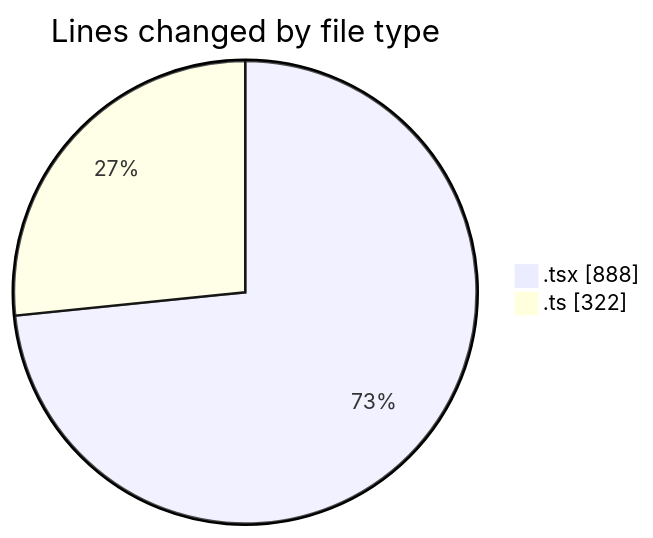
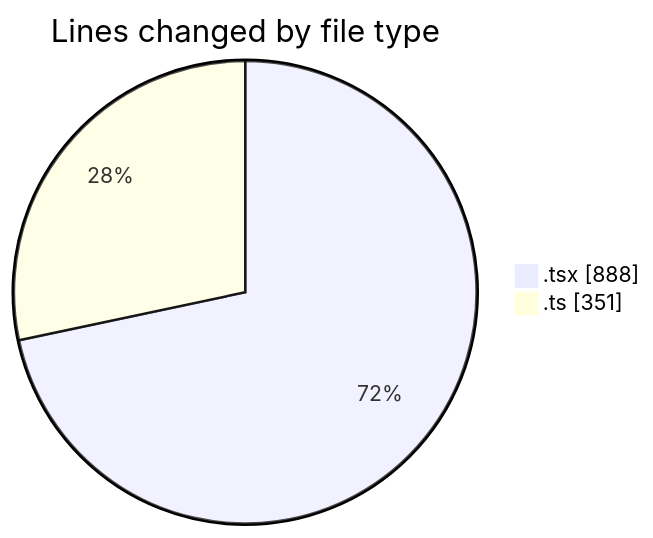
The first of 2 diagrams in 2025-07-11/cda/README.md (momahboobian/code-tracking), drawn with Mermaid before and after one commit. The commit also changed other lines of this file and 1 other file, not shown here.

````diff
--- a/2025-07-11/cda/README.md
+++ b/2025-07-11/cda/README.md
@@ -23,6 +23,6 @@
 ```mermaid
 pie showData
 title Lines changed by file type
 ".tsx" : 888
-".ts" : 322
+".ts" : 351
 ```
````
